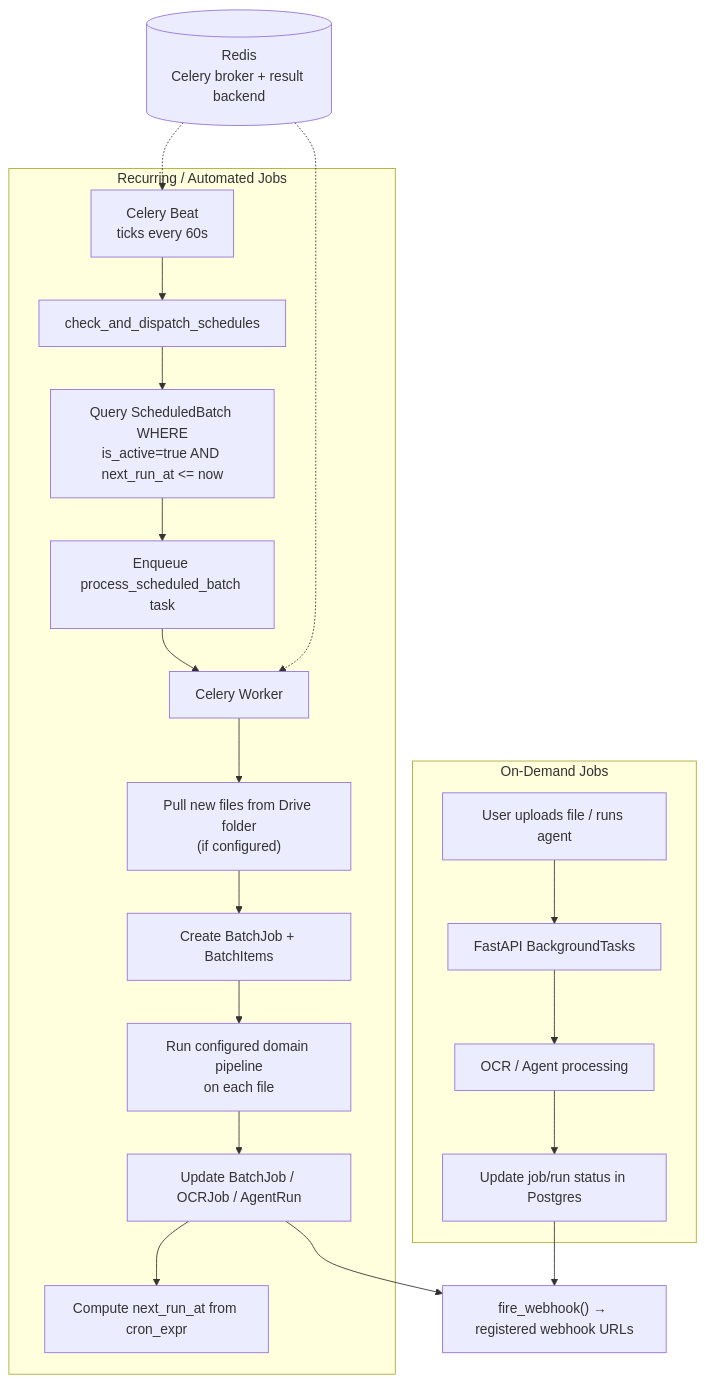
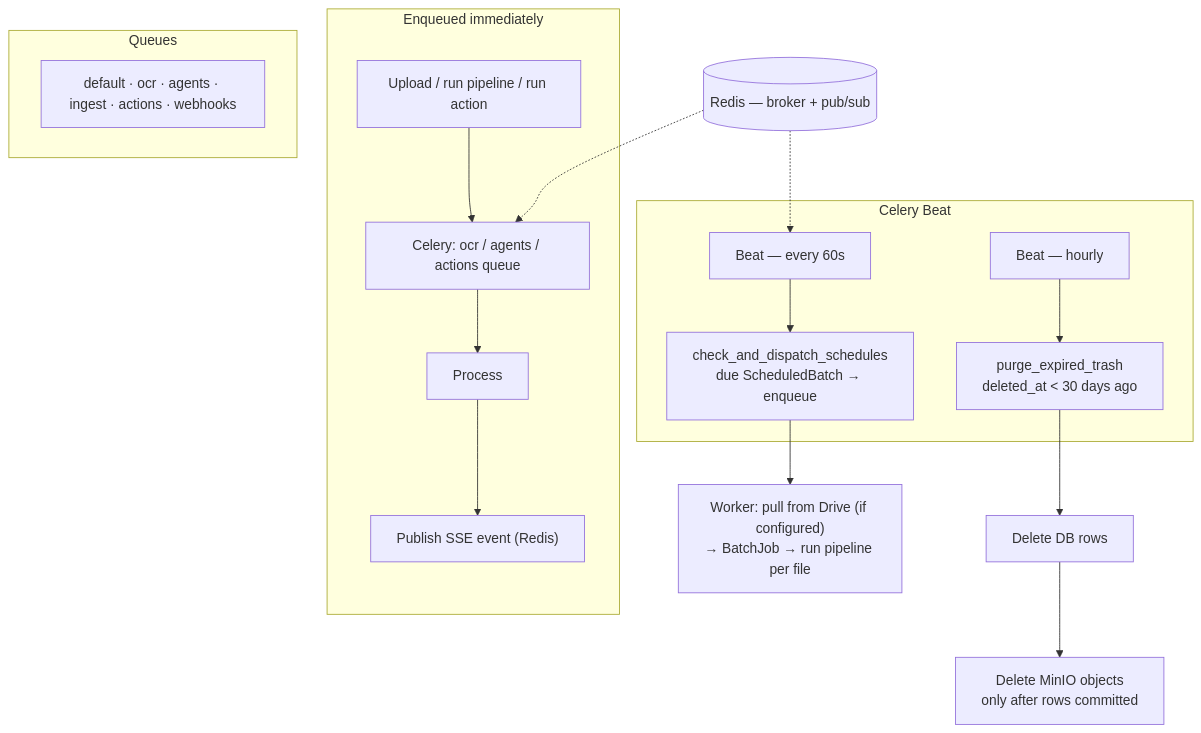
Before and after one commit to Git-me-Harish/TextLens: the fifth of 5 diagrams in README.md, drawn with Mermaid. The commit also changed other lines of this file and 1 other file, not shown here.

````diff
--- a/README.md
+++ b/README.md
@@ -422,26 +322,21 @@
 ```mermaid
 flowchart TD
-    subgraph OnDemand["On-Demand Jobs"]
-        Upload["User uploads file / runs agent"] --> BG["FastAPI BackgroundTasks"]
-        BG --> Process["OCR / Agent processing"]
-        Process --> UpdateDB1["Update job/run status in Postgres"]
+    subgraph OnDemand["Enqueued immediately"]
+        Upload["Upload / run pipeline / run action"] --> Enqueue["Celery: ocr / agents / actions queue"]
+        Enqueue --> Process["Process"] --> Publish["Publish SSE event (Redis)"]
     end
 
-    subgraph Recurring["Recurring / Automated Jobs"]
-        Beat["Celery Beat<br/>ticks every 60s"] --> Check["check_and_dispatch_schedules"]
-        Check --> Query["Query ScheduledBatch WHERE<br/>is_active=true AND next_run_at <= now"]
-        Query --> Dispatch["Enqueue process_scheduled_batch task"]
-        Dispatch --> Worker["Celery Worker"]
-        Worker --> DrivePull["Pull new files from Drive folder<br/>(if configured)"]
-        DrivePull --> CreateBatch["Create BatchJob + BatchItems"]
-        CreateBatch --> RunPipeline["Run configured domain pipeline<br/>on each file"]
-        RunPipeline --> UpdateDB2["Update BatchJob / OCRJob / AgentRun"]
-        UpdateDB2 --> NextRun["Compute next_run_at from cron_expr"]
+    subgraph Recurring["Celery Beat"]
+        Beat["Beat — every 60s"] --> Dispatch["check_and_dispatch_schedules<br/>due ScheduledBatch → enqueue"]
+        BeatHourly["Beat — hourly"] --> Purge["purge_expired_trash<br/>deleted_at < 30 days ago"]
     end
 
-    UpdateDB1 --> Notify["fire_webhook() → registered webhook URLs"]
-    UpdateDB2 --> Notify
+    Dispatch --> DriveWorker["Worker: pull from Drive (if configured)<br/>→ BatchJob → run pipeline per file"]
+    Purge --> DeleteRows["Delete DB rows"] --> DeleteFiles["Delete MinIO objects<br/>only after rows committed"]
 
-    Redis[("Redis<br/>Celery broker + result backend")] -.-> Beat
-    Redis -.-> Worker
+    subgraph Queues["Queues"]
+        Q["default · ocr · agents · ingest · actions · webhooks"]
+    end
+
+    Redis[("Redis — broker + pub/sub")] -.-> Beat & Enqueue
 ```
````
